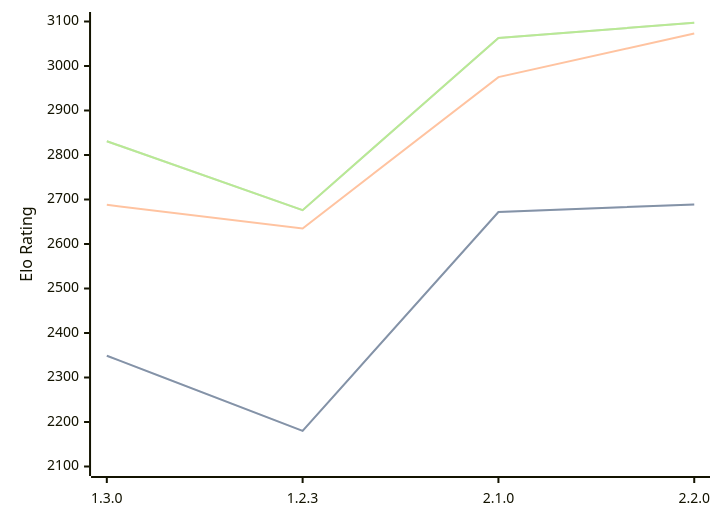
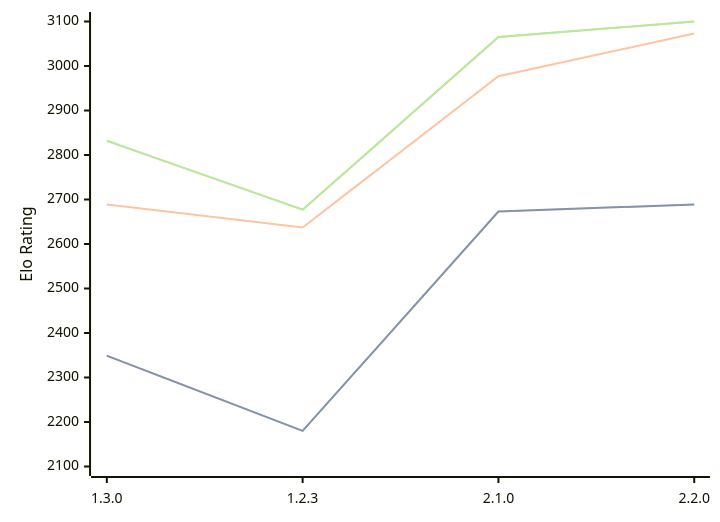
Before and after one commit to computer-chess-index/cci: the diagram in engines/Aspen.md, drawn with Mermaid. The commit also changed other lines of this file, not shown here.

Commit message:
Update CCI Ratings (ELO VLTC) - 2026-08-15

````diff
--- a/engines/Aspen.md
+++ b/engines/Aspen.md
@@ -43,11 +43,11 @@
 ```mermaid
 %%{init: {"theme":"base","themeVariables":{"seriesColors:['#a3a3a3','#222221','#faa371']}}}%%
 xychart-beta
   x-axis ["1.3.0", "1.2.3", "2.1.0", "2.2.0"]
   y-axis "Elo Rating" 2100 --> 3100
-  line "STC (8.0+0.08s)" [2349, 2180, 2672, 2689]
-  line "STC (8.0+0.08s)" [2349, 2180, 2672, 2689]
-  line "LTC (60.0+0.60s)" [2688, 2635, 2975, 3073]
-  line "VLTC (2m24s+1.12s)" [2831, 2676, 3063, 3097]
-  line "VLTC (2m24s+1.12s)" [2831, 2676, 3063, 3097]
+  line "STC (8.0+0.08s)" [2349, 2180, 2673, 2689]
+  line "STC (8.0+0.08s)" [2349, 2180, 2673, 2689]
+  line "LTC (60.0+0.60s)" [2689, 2637, 2977, 3073]
+  line "VLTC (2m24s+1.12s)" [2832, 2677, 3065, 3100]
+  line "VLTC (2m24s+1.12s)" [2832, 2677, 3065, 3100]
 ```
````
